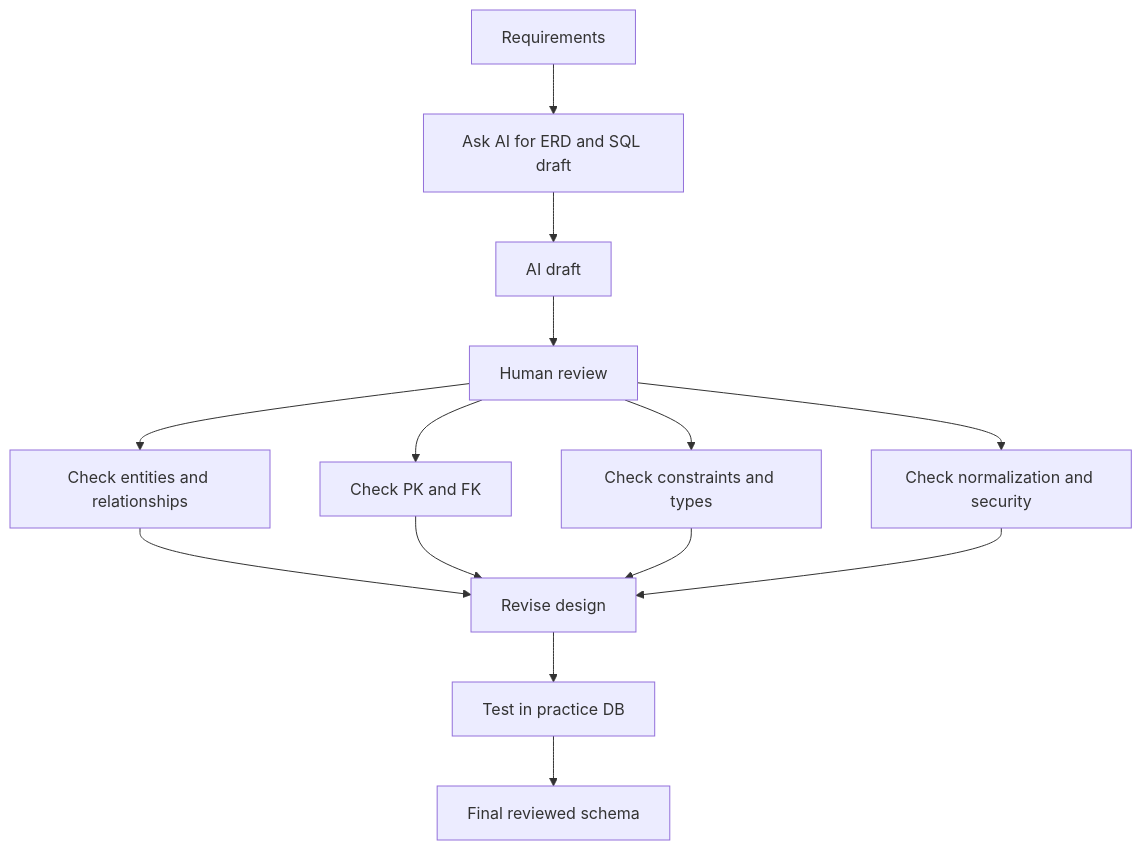
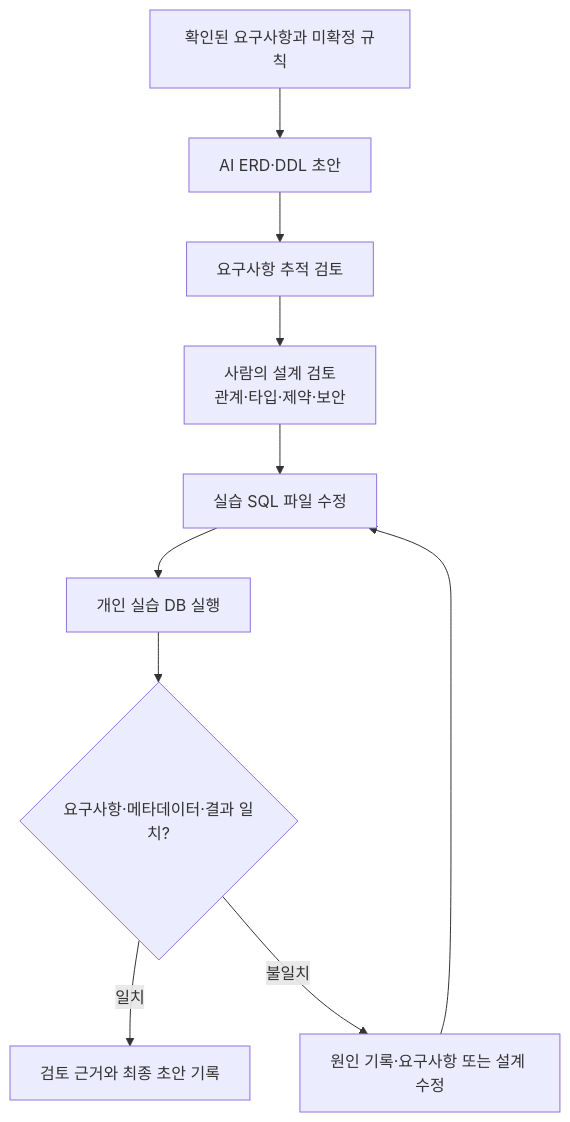
The diagram in images/chapter13/ch13_01_ai_db_design_review_flow.mmd (GilbertMoon/ai-database-book), drawn with Mermaid before and after one commit.

Commit message:
Revise Chapter 13 AI review Mermaid

```diff
--- a/images/chapter13/ch13_01_ai_db_design_review_flow.mmd
+++ b/images/chapter13/ch13_01_ai_db_design_review_flow.mmd
@@ -1,14 +1,10 @@
 flowchart TB
-    A[Requirements] --> B[Ask AI for ERD and SQL draft]
-    B --> C[AI draft]
-    C --> D[Human review]
-    D --> E[Check entities and relationships]
-    D --> F[Check PK and FK]
-    D --> G[Check constraints and types]
-    D --> H[Check normalization and security]
-    E --> I[Revise design]
-    F --> I
-    G --> I
-    H --> I
-    I --> J[Test in practice DB]
-    J --> K[Final reviewed schema]
+    A[확인된 요구사항과 미확정 규칙] --> B[AI ERD·DDL 초안]
+    B --> C[요구사항 추적 검토]
+    C --> D[사람의 설계 검토<br/>관계·타입·제약·보안]
+    D --> E[실습 SQL 파일 수정]
+    E --> F[개인 실습 DB 실행]
+    F --> G{요구사항·메타데이터·결과 일치?}
+    G -- 일치 --> H[검토 근거와 최종 초안 기록]
+    G -- 불일치 --> I[원인 기록·요구사항 또는 설계 수정]
+    I --> E
```
